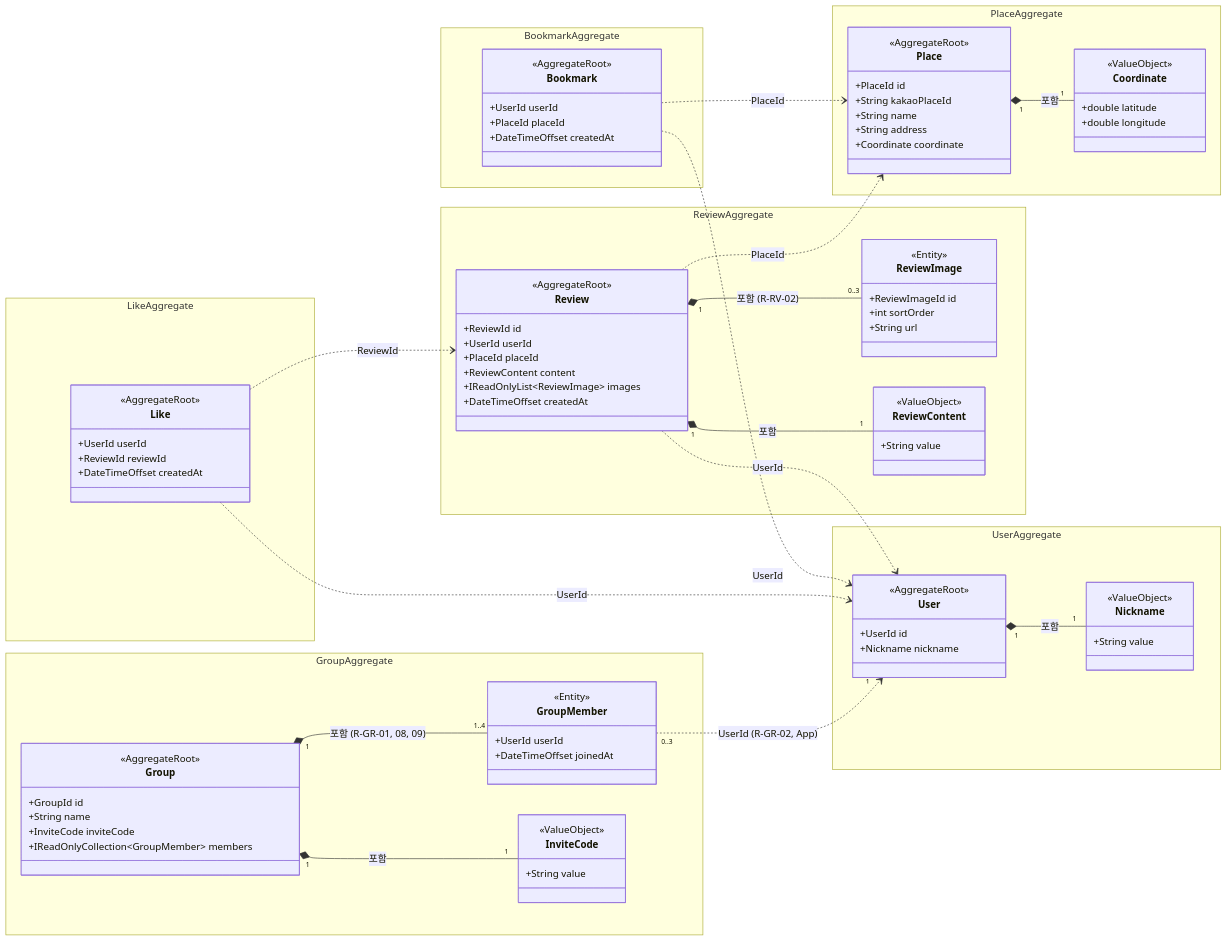
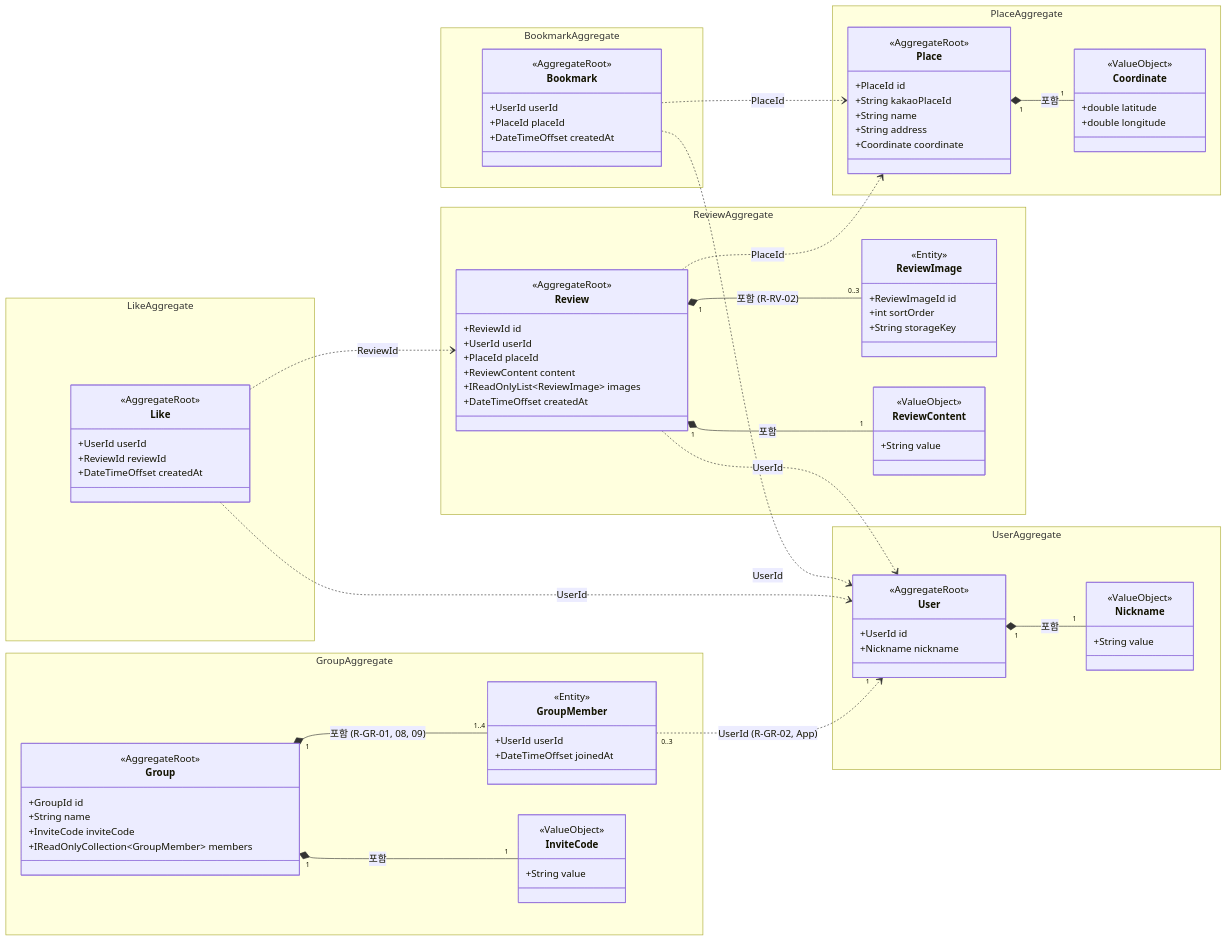
The diagram in docs/design/domain.md (kangdong527/nook_csharp), drawn with Mermaid before and after one commit. The commit also changed 2 other files, not shown here.

Commit message:
docs(design): store review image storage key instead of URL

```diff
--- a/docs/design/domain.md
+++ b/docs/design/domain.md
@@ -88,8 +88,8 @@
             <<Entity>>
             +ReviewImageId id
             +int sortOrder
-            +String url
-            %% D3 결정: URL vs 스토리지 키
+            +String storageKey
+            %% URL이 아니라 스토리지 키 저장(키 → URL 변환은 한 곳). sortOrder는 Review가 목록 인덱스로 매김
         }
         class ReviewContent {
             <<ValueObject>>
```
